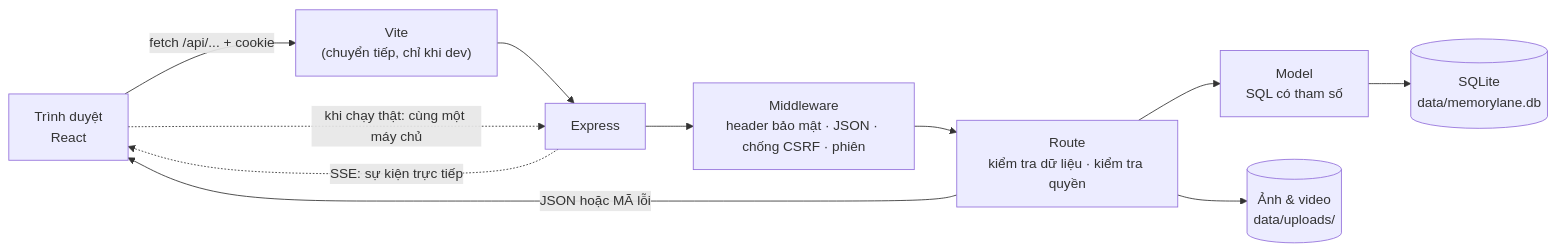
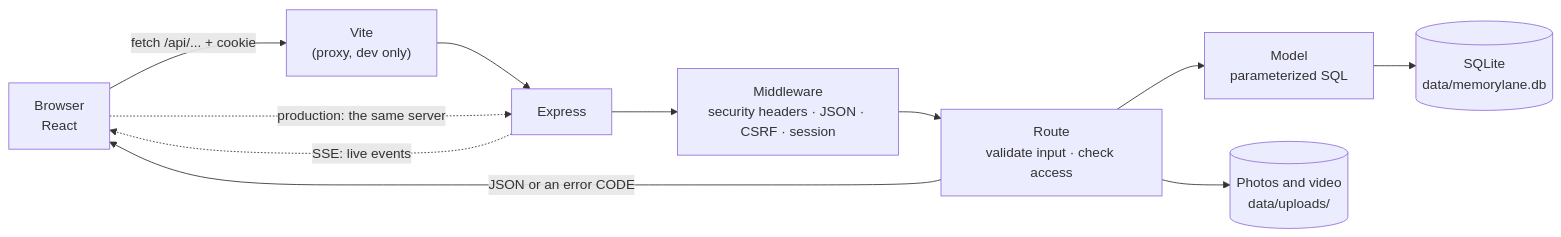
One commit to Bone-helloworld/Memory-Lane changed the first of 2 diagrams in README.md. Above: the diagram before and after it, drawn with Mermaid. The commit also changed other lines of this file and 16 other files, not shown here.

````diff
--- a/README.md
+++ b/README.md
@@ -178,13 +172,13 @@
 ```mermaid
 flowchart LR
-  B["Trình duyệt<br/>React"] -->|"fetch /api/... + cookie"| V["Vite<br/>(chuyển tiếp, chỉ khi dev)"]
+  B["Browser<br/>React"] -->|"fetch /api/... + cookie"| V["Vite<br/>(proxy, dev only)"]
   V --> E["Express"]
-  B -.->|"khi chạy thật: cùng một máy chủ"| E
-  E --> M["Middleware<br/>header bảo mật · JSON · chống CSRF · phiên"]
-  M --> R["Route<br/>kiểm tra dữ liệu · kiểm tra quyền"]
-  R --> D["Model<br/>SQL có tham số"]
+  B -.->|"production: the same server"| E
+  E --> M["Middleware<br/>security headers · JSON · CSRF · session"]
+  M --> R["Route<br/>validate input · check access"]
+  R --> D["Model<br/>parameterized SQL"]
   D --> S[("SQLite<br/>data/memorylane.db")]
-  R --> P[("Ảnh & video<br/>data/uploads/")]
-  R -->|"JSON hoặc MÃ lỗi"| B
-  E -.->|"SSE: sự kiện trực tiếp"| B
+  R --> P[("Photos and video<br/>data/uploads/")]
+  R -->|"JSON or an error CODE"| B
+  E -.->|"SSE: live events"| B
 ```
````
